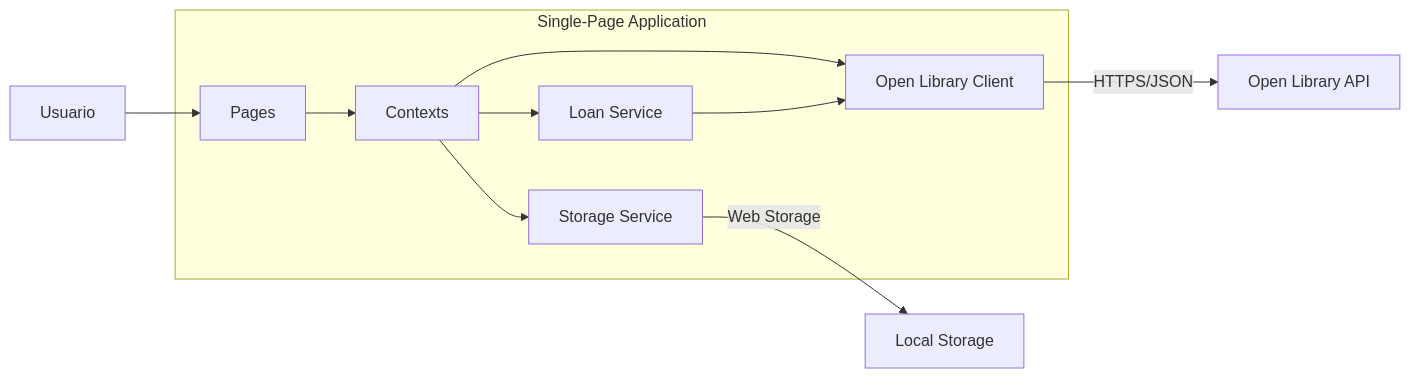
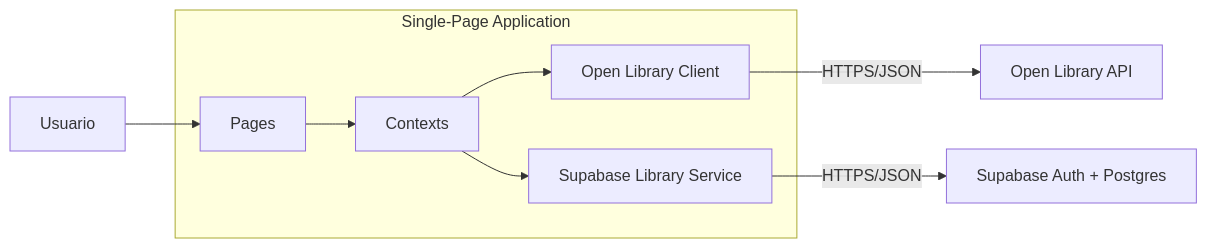
Before and after one commit to Jhon6723/capstone-web-dev: the fourth of 4 diagrams in docs/architecture/architecture.md, drawn with Mermaid. The commit also changed other lines of this file and 3 other files, not shown here.

Commit message:
docs(week-6): document multiuser loan rules and supabase model

````diff
--- a/docs/architecture/architecture.md
+++ b/docs/architecture/architecture.md
@@ -129,13 +129,11 @@
 ```mermaid
 flowchart LR
     subgraph SPA["Single-Page Application"]
         P[Pages] --> C[Contexts]
         C --> S1[Open Library Client]
-        C --> S2[Storage Service]
-        C --> S3[Loan Service]
-        S3 --> S1
+        C --> S3[Supabase Library Service]
     end
     S1 -->|HTTPS/JSON| OL[Open Library API]
-    S2 -->|Web Storage| LS[Local Storage]
+    S3 -->|HTTPS/JSON| SB[Supabase Auth + Postgres]
     U[Usuario] --> P
 ```
````
